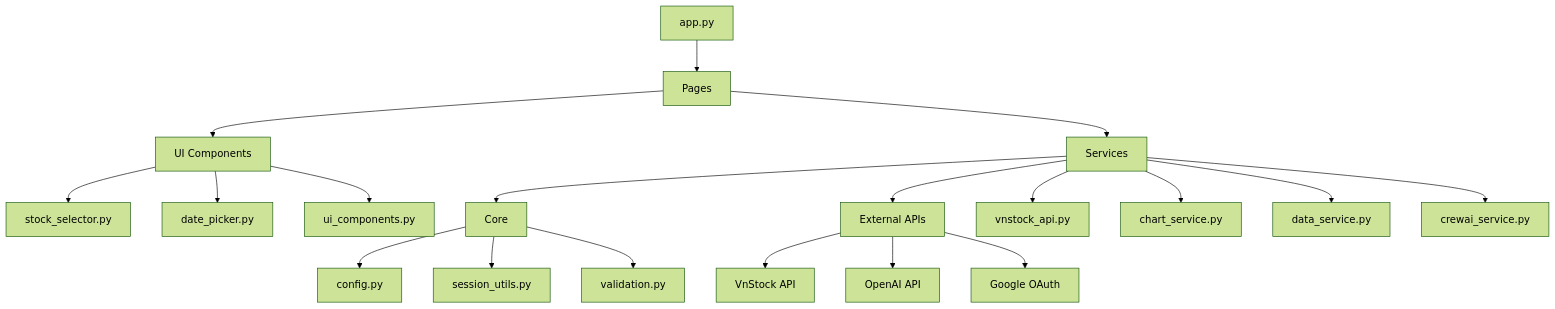
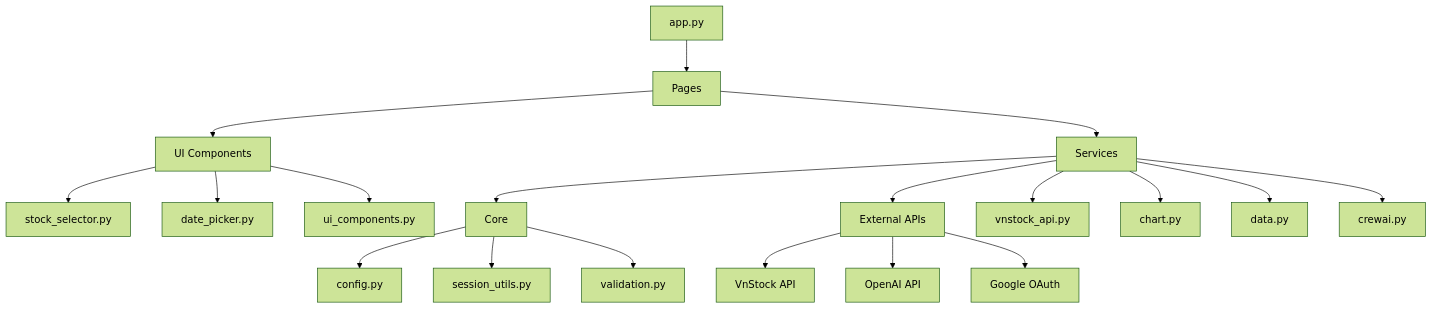
The third of 3 diagrams in docs/architecture/04-component-architecture.md (gahoccode/finance-bro), drawn with Mermaid (forest theme) before and after one commit. The commit also changed other lines of this file and 35 other files, not shown here.

````diff
--- a/docs/architecture/04-component-architecture.md
+++ b/docs/architecture/04-component-architecture.md
@@ -502,25 +502,25 @@
 ```mermaid
 graph TD
     A[app.py] --> B[Pages]
     B --> C[UI Components]
     B --> D[Services]
     D --> E[Core]
     D --> F[External APIs]
     
     C --> G[stock_selector.py]
     C --> H[date_picker.py]
     C --> I[ui_components.py]
     
     D --> J[vnstock_api.py]
-    D --> K[chart_service.py]
-    D --> L[data_service.py]
-    D --> M[crewai_service.py]
+    D --> K[chart.py]
+    D --> L[data.py]
+    D --> M[crewai.py]
     
     E --> N[config.py]
     E --> O[session_utils.py]
     E --> P[validation.py]
     
     F --> Q[VnStock API]
     F --> R[OpenAI API]
     F --> S[Google OAuth]
 ```
````
